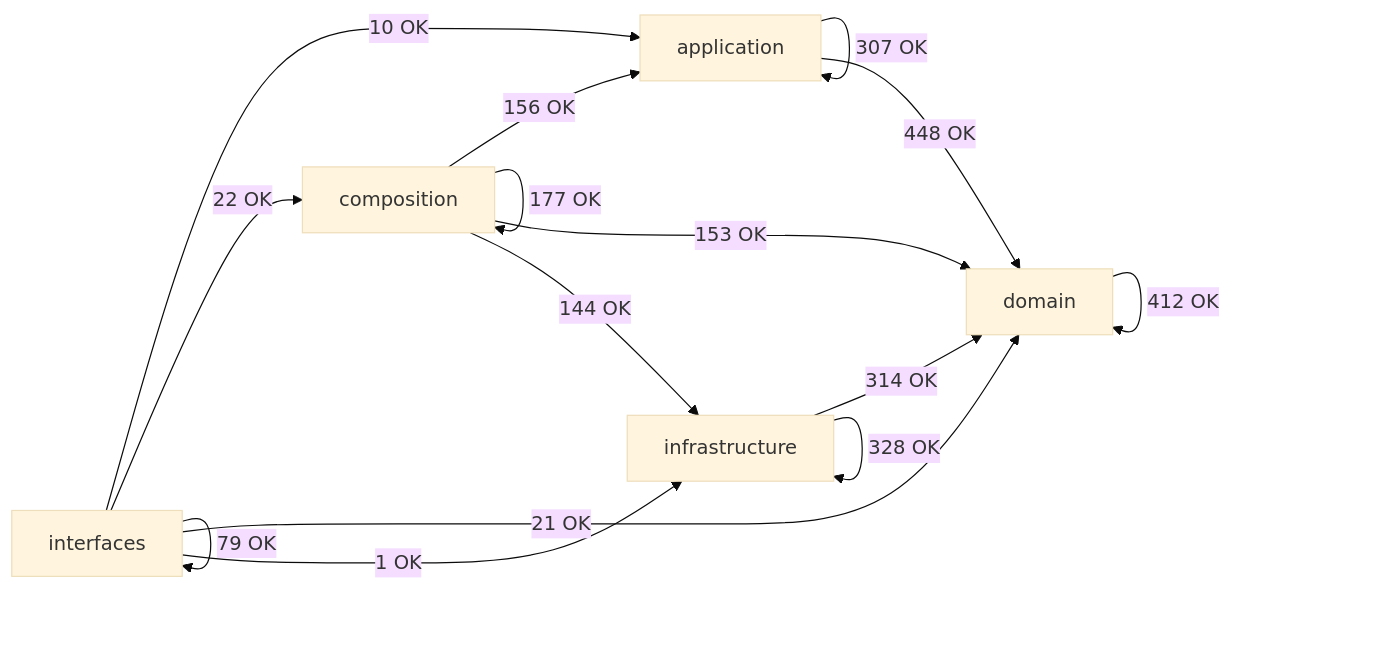
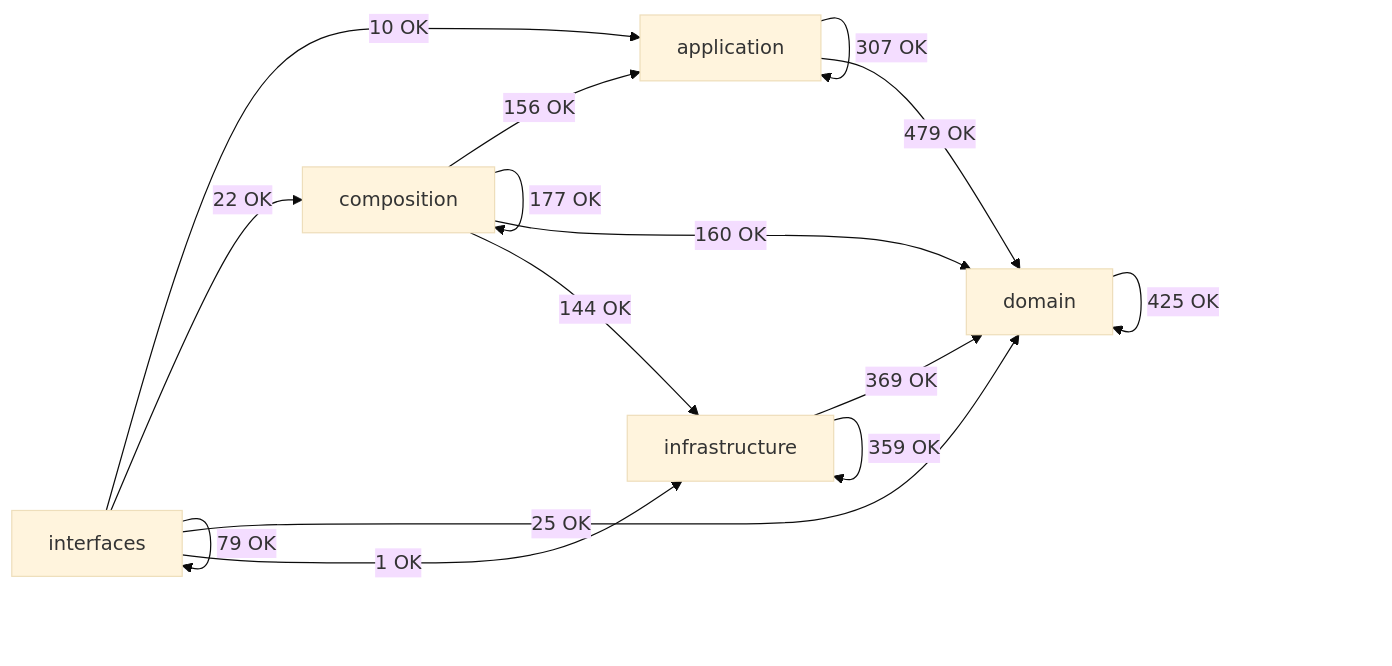
Before and after one commit to SatoryKono/BioactivityDataAcquisition: the diagram in docs/02-architecture/generated/module-dependency-map.md, drawn with Mermaid (base theme). The commit also changed other lines of this file and 111 other files, not shown here.

````diff
--- a/docs/02-architecture/generated/module-dependency-map.md
+++ b/docs/02-architecture/generated/module-dependency-map.md
@@ -15,22 +15,22 @@
 ```mermaid
 flowchart LR
     domain[domain]
     application[application]
     infrastructure[infrastructure]
     composition[composition]
     interfaces[interfaces]
     application -->|307 OK| application
-    application -->|448 OK| domain
+    application -->|479 OK| domain
     composition -->|156 OK| application
     composition -->|177 OK| composition
-    composition -->|153 OK| domain
+    composition -->|160 OK| domain
     composition -->|144 OK| infrastructure
-    domain -->|412 OK| domain
-    infrastructure -->|314 OK| domain
-    infrastructure -->|328 OK| infrastructure
+    domain -->|425 OK| domain
+    infrastructure -->|369 OK| domain
+    infrastructure -->|359 OK| infrastructure
     interfaces -->|10 OK| application
     interfaces -->|22 OK| composition
-    interfaces -->|21 OK| domain
+    interfaces -->|25 OK| domain
     interfaces -->|1 OK| infrastructure
     interfaces -->|79 OK| interfaces
 ```
````
